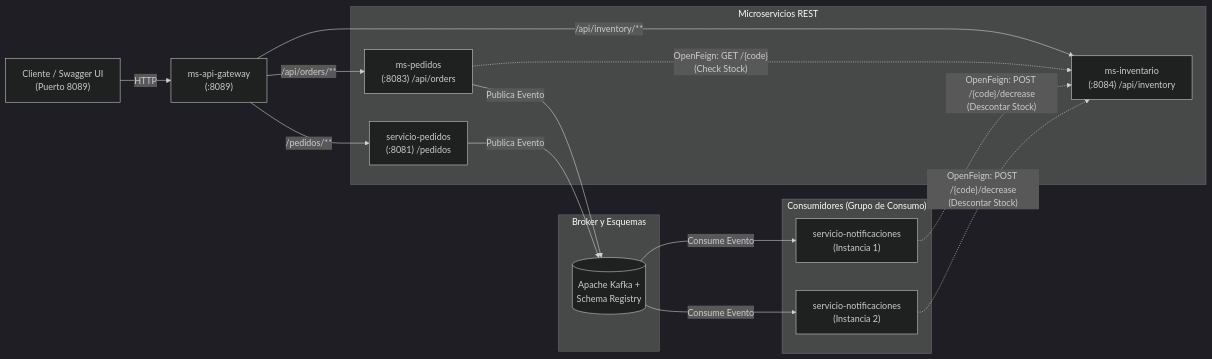
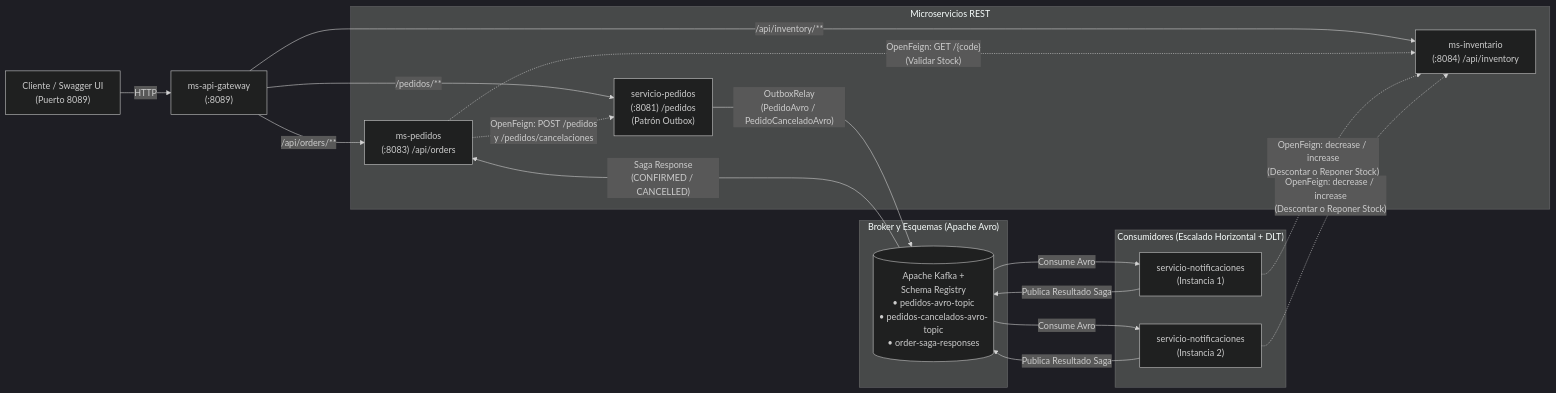
One commit to Javi-billy/Poc-micros changed the diagram in README.md. Above: the diagram before and after it, drawn with Mermaid (dark theme). The commit also changed other lines of this file, not shown here.

````diff
--- a/README.md
+++ b/README.md
@@ -8,34 +9,36 @@
 ```mermaid
 flowchart LR
     Cliente["Cliente / Swagger UI<br/>(Puerto 8089)"] -->|HTTP| Gateway["ms-api-gateway<br/>(:8089)"]
 
     subgraph Microservicios["Microservicios REST"]
         Pedidos["ms-pedidos<br/>(:8083) /api/orders"]
         Inventario["ms-inventario<br/>(:8084) /api/inventory"]
-        Productor["servicio-pedidos<br/>(:8081) /pedidos"]
+        Productor["servicio-pedidos<br/>(:8081) /pedidos<br/>(Patrón Outbox)"]
     end
 
     Gateway -->|/api/orders/**| Pedidos
     Gateway -->|/api/inventory/**| Inventario
     Gateway -->|/pedidos/**| Productor
 
-    Pedidos -.->|"OpenFeign: GET /{code}<br/>(Check Stock)"| Inventario
+    Pedidos -.->|"OpenFeign: GET /{code}<br/>(Validar Stock)"| Inventario
+    Pedidos -.->|"OpenFeign: POST /pedidos<br/>y /pedidos/cancelaciones"| Productor
 
-    subgraph Mensajeria["Broker y Esquemas"]
-        Kafka[("Apache Kafka +<br/>Schema Registry")]
+    subgraph Mensajeria["Broker y Esquemas (Apache Avro)"]
+        Kafka[("Apache Kafka +<br/>Schema Registry<br/>• pedidos-avro-topic<br/>• pedidos-cancelados-avro-topic<br/>• order-saga-responses")]
     end
 
-    Pedidos -->|Publica Evento| Kafka
-    Productor -->|Publica Evento| Kafka
+    Productor -->|"OutboxRelay<br/>(PedidoAvro / PedidoCanceladoAvro)"| Kafka
+    Kafka -->|"Saga Response<br/>(CONFIRMED / CANCELLED)"| Pedidos
 
-    subgraph Consumidores["Consumidores (Grupo de Consumo)"]
+    subgraph Consumidores["Consumidores (Escalado Horizontal + DLT)"]
         Notif1["servicio-notificaciones<br/>(Instancia 1)"]
         Notif2["servicio-notificaciones<br/>(Instancia 2)"]
     end
 
-    Kafka -->|Consume Evento| Notif1
-    Kafka -->|Consume Evento| Notif2
+    Kafka -->|Consume Avro| Notif1
+    Kafka -->|Consume Avro| Notif2
 
-    Notif1 -.->|"OpenFeign: POST /{code}/decrease<br/>(Descontar Stock)"| Inventario
-    Notif2 -.->|"OpenFeign: POST /{code}/decrease<br/>(Descontar Stock)"| Inventario
+    Notif1 -.->|"OpenFeign: decrease / increase<br/>(Descontar o Reponer Stock)"| Inventario
+    Notif2 -.->|"OpenFeign: decrease / increase<br/>(Descontar o Reponer Stock)"| Inventario
+    Notif1 & Notif2 -->|"Publica Resultado Saga"| Kafka
 ```
````
